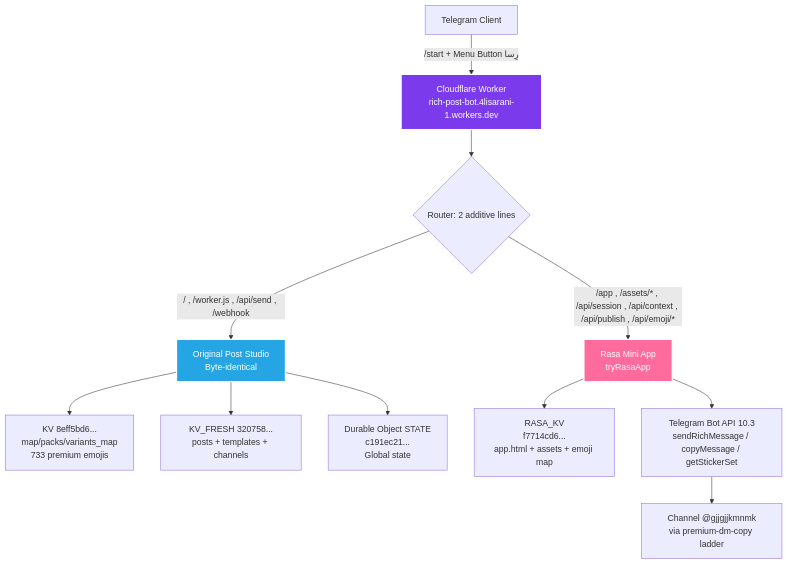
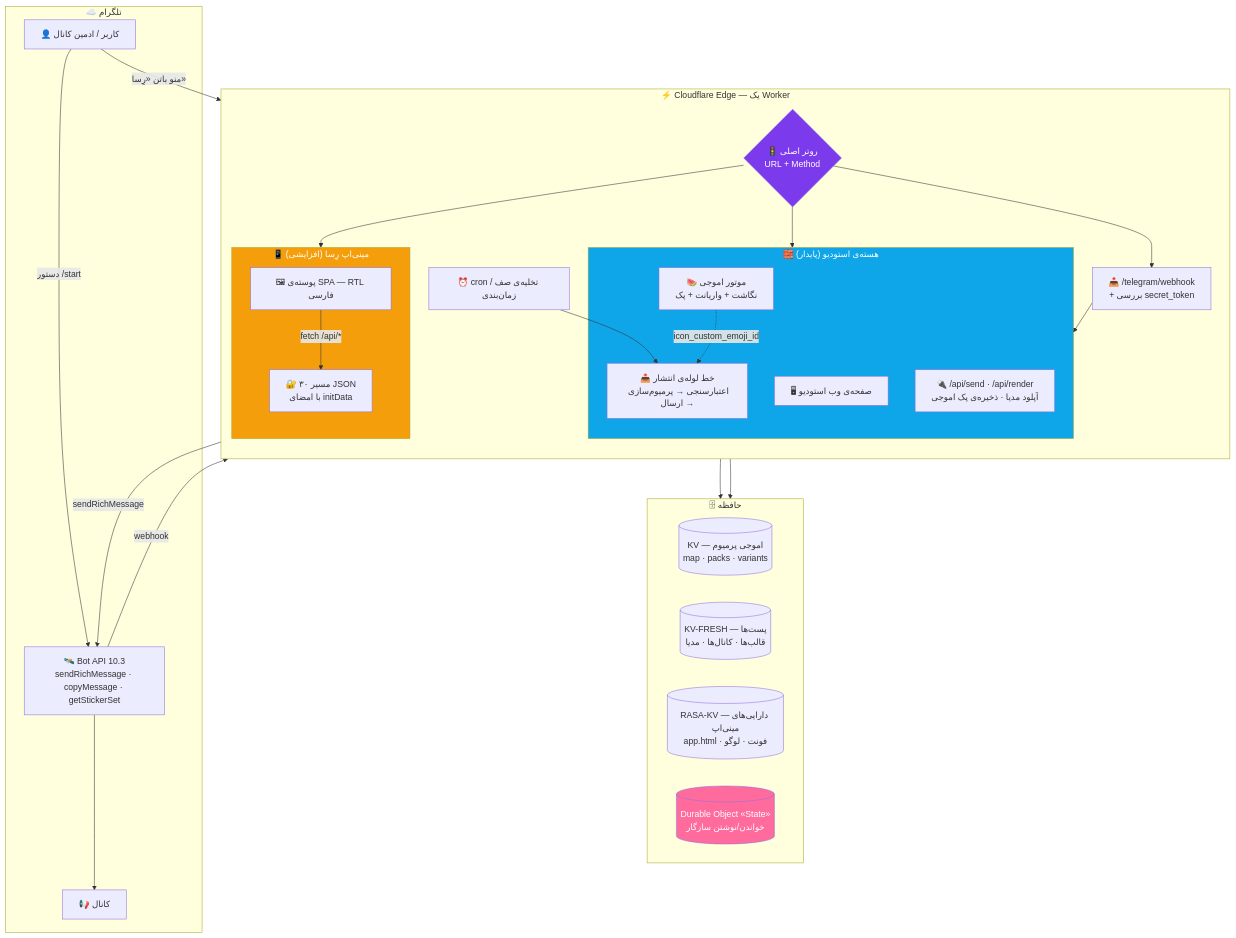
Before and after one commit to Alisarani7021/RasaRichBot: the first of 4 diagrams in README.md, drawn with Mermaid. The commit also changed other lines of this file and 11 other files, not shown here.

First line of the commit message:
docs: full architecture write-up, mini app API parity, live worker sync

````diff
--- a/README.md
+++ b/README.md
@@ -132,17 +228,55 @@
 ```mermaid
-graph TD
-    A[Telegram Client] -->|/start + Menu Button رِسا| B[Cloudflare Worker<br/>rich-post-bot.4lisarani-1.workers.dev]
-    B --> C{Router: 2 additive lines}
-    C -->|/ , /worker.js , /api/send , /webhook| D[Original Post Studio<br/>Byte-identical]
-    C -->|/app , /assets/* , /api/session , /api/context , /api/publish , /api/emoji/*| E[Rasa Mini App<br/>tryRasaApp]
-    E --> F[RASA_KV<br/>f7714cd6...<br/>app.html + assets + emoji map]
-    D --> G[KV 8eff5bd6...<br/>map/packs/variants_map<br/>733 premium emojis]
-    D --> H[KV_FRESH 320758...<br/>posts + templates + channels]
-    D --> I[Durable Object STATE<br/>c191ec21...<br/>Global state]
-    E --> J[Telegram Bot API 10.3<br/>sendRichMessage / copyMessage / getStickerSet]
-    J --> K[Channel @gjjgjjkmnmk<br/>via premium-dm-copy ladder]
+flowchart TB
+    subgraph TG["☁️ تلگرام"]
+        U["👤 کاربر / ادمین کانال"]
+        CH["📢 کانال"]
+        TGA["🛰️ Bot API 10.3<br/>sendRichMessage · copyMessage · getStickerSet"]
+    end
 
-    style B fill:#7C3AED,stroke:#fff,stroke-width:2px,color:#fff
-    style E fill:#FF6B9D,stroke:#fff,stroke-width:2px,color:#fff
-    style D fill:#26A5E4,stroke:#fff,stroke-width:2px,color:#fff
+    subgraph CF["⚡ Cloudflare Edge — یک Worker"]
+        direction TB
+        R{"🚦 روتر اصلی<br/>URL + Method"}
+
+        subgraph CORE["🧱 هسته‌ی استودیو (پایدار)"]
+            L["🖥 صفحه‌ی وب استودیو"]
+            WS["🔌 /api/send · /api/render<br/>آپلود مدیا · ذخیره‌ی پک اموجی"]
+            EN["🍉 موتور اموجی<br/>نگاشت + واریانت + پک"]
+            PM["📤 خط لوله‌ی انتشار<br/>اعتبارسنجی → پرمیوم‌سازی → ارسال"]
+        end
+
+        subgraph APP["📱 مینی‌اپ رِسا (افزایشی)"]
+            SH["🖼 پوسته‌ی SPA — RTL فارسی"]
+            API["🔐 ۳۰ مسیر JSON<br/>با امضای initData"]
+        end
+
+        WH["📥 /telegram/webhook<br/>+ بررسی secret_token"]
+        SCH["⏰ cron / تخلیه‌ی صف زمان‌بندی"]
+    end
+
+    subgraph ST["🗄 حافظه"]
+        K1[("KV — اموجی پرمیوم<br/>map · packs · variants")]
+        K2[("KV-FRESH — پست‌ها<br/>قالب‌ها · کانال‌ها · مدیا")]
+        K3[("RASA-KV — دارایی‌های مینی‌اپ<br/>app.html · فونت · لوگو")]
+        DO[("Durable Object «State»<br/>خواندن/نوشتن سازگار")]
+    end
+
+    U -->|"منو باتن «رِسا»"| SH
+    U -->|"دستور /start"| TGA
+    TGA -->|"webhook"| WH
+    SH -->|"fetch /api/*"| API
+    R --> CORE
+    R --> APP
+    R --> WH
+    WH --> CORE
+    SCH --> PM
+    API --> ST
+    CORE --> ST
+    PM -->|"sendRichMessage"| TGA
+    TGA --> CH
+    EN -.->|"icon_custom_emoji_id"| PM
+
+    style R fill:#7C3AED,color:#fff
+    style CORE fill:#0EA5E9,color:#fff
+    style APP fill:#F59E0B,color:#fff
+    style DO fill:#FF6B9D,color:#fff
 ```
````
